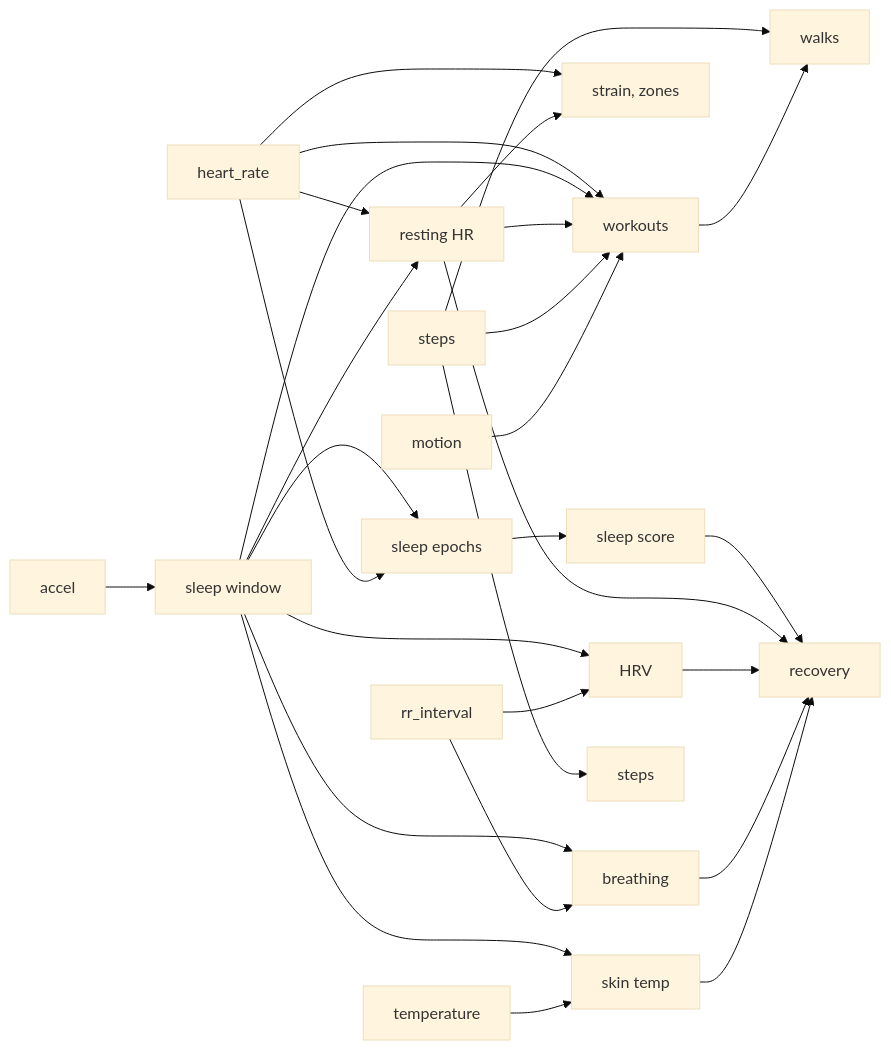
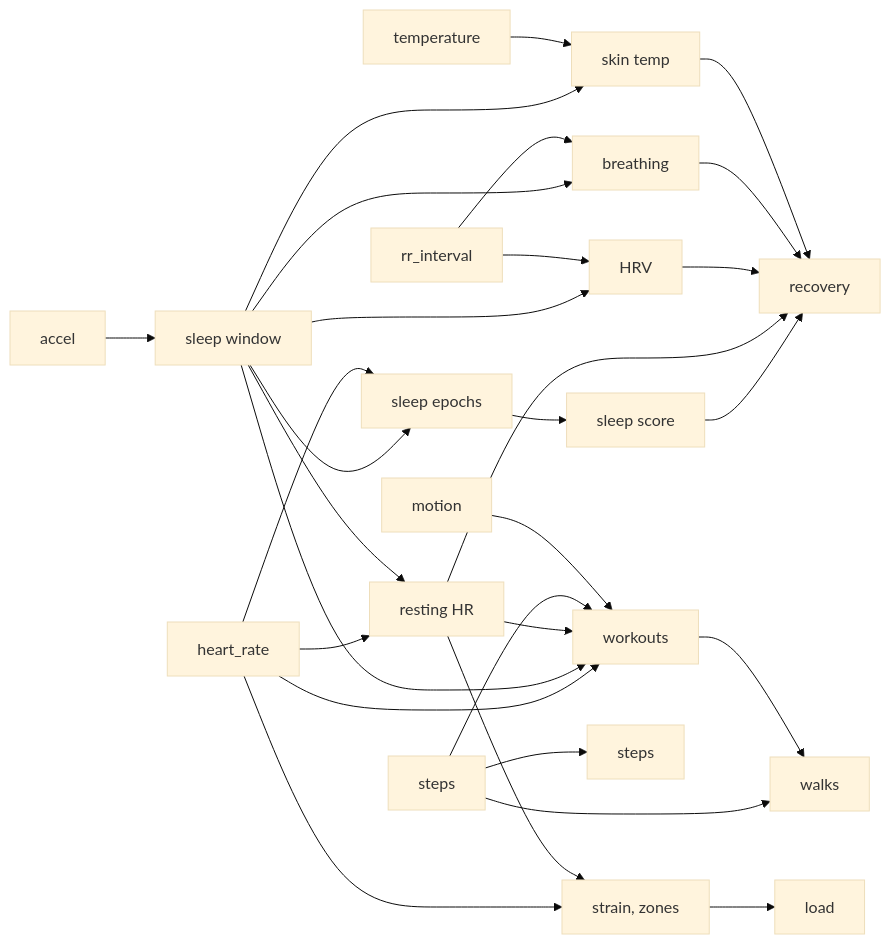
One commit to pkrshnan/dashboardify changed the diagram in docs/health-metrics.md. Above: the diagram before and after it, drawn with Mermaid (base theme). The commit also changed other lines of this file and 8 other files, not shown here.

````diff
--- a/docs/health-metrics.md
+++ b/docs/health-metrics.md
@@ -8,13 +8,14 @@
 ```mermaid
 flowchart LR
   A[accel] --> S[sleep window] --> E[sleep epochs] --> SS[sleep score] --> REC[recovery]
   HR[heart_rate] --> E & R[resting HR] & ST[strain, zones] & W[workouts]
   S --> R & H[HRV] & B[breathing] & T[skin temp] & W
   RR[rr_interval] --> H & B
   TMP[temperature] --> T
   R & H & B & T --> REC
   R --> ST & W
+  ST --> L[load]
   STP[steps] --> STEPS[steps] & W & WK[walks]
   MOT[motion] --> W
   W --> WK
 ```
````
